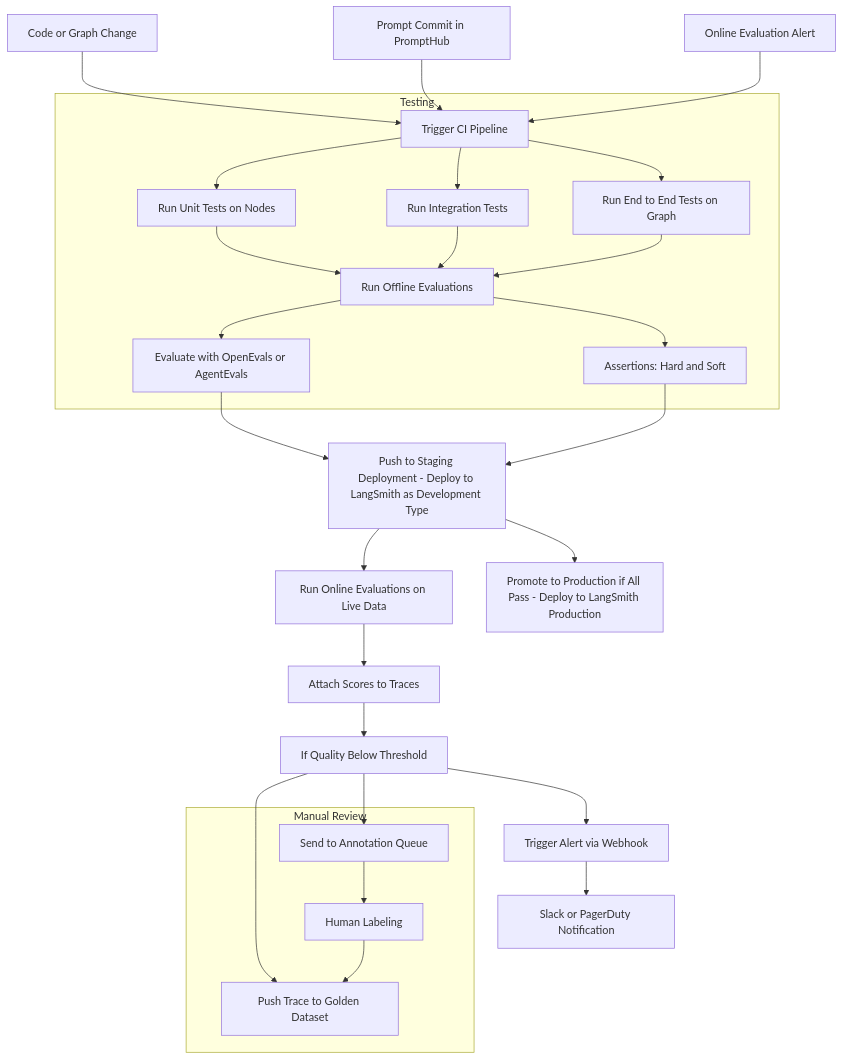
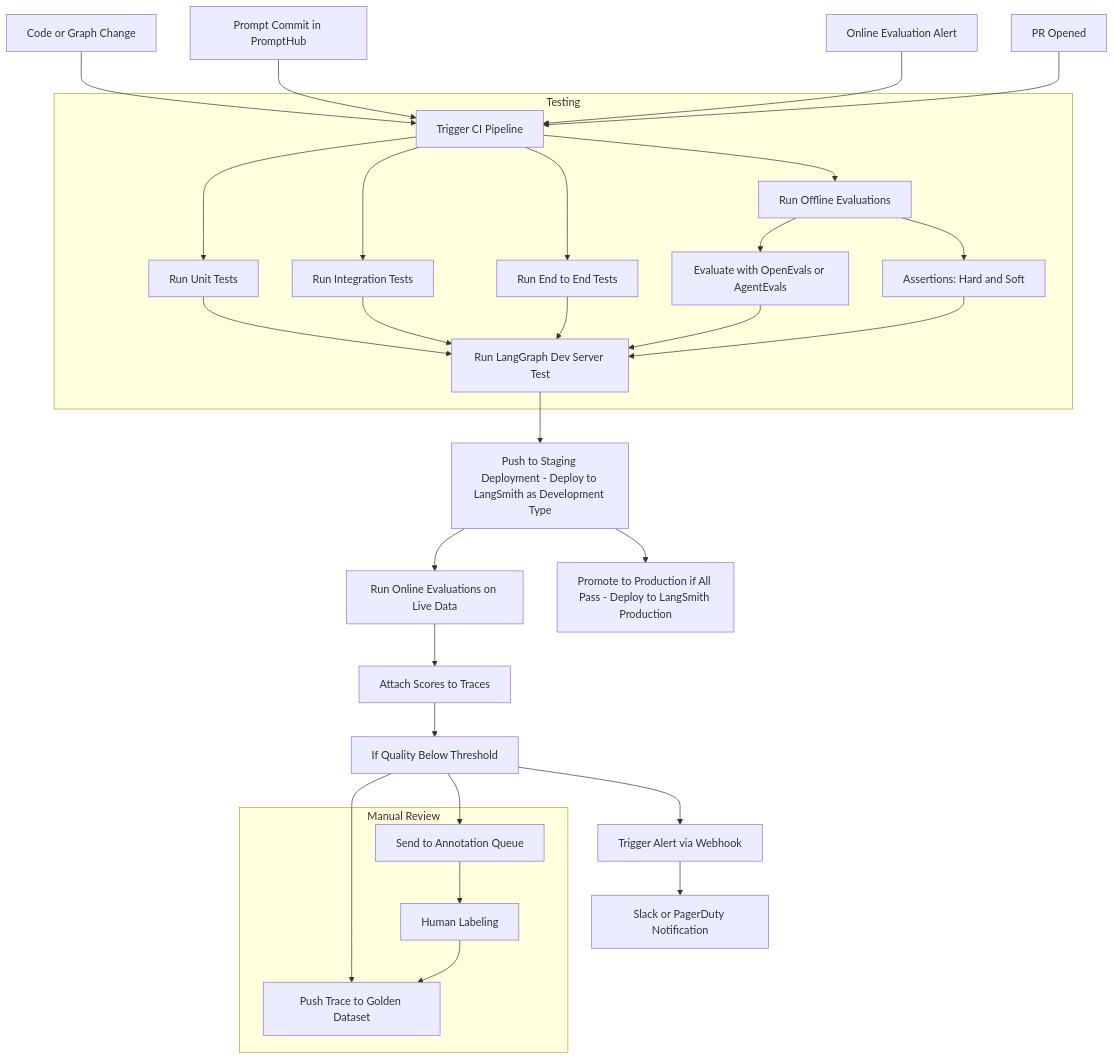
Before and after one commit to avirath-kumar/cicd-pipeline-example: the second of 2 diagrams in README.md, drawn with Mermaid. The commit also changed other lines of this file and 2 other files, not shown here.

Commit message:
chore(actions): improved test diagram

````diff
--- a/README.md
+++ b/README.md
@@ -309,40 +318,43 @@
 ```mermaid
 graph TD
     A1[Code or Graph Change] --> B1[Trigger CI Pipeline]
     A2[Prompt Commit in PromptHub] --> B1
     A3[Online Evaluation Alert] --> B1
+    A4[PR Opened] --> B1
 
     subgraph "Testing"
-        B1 --> C1[Run Unit Tests on Nodes]
+        B1 --> C1[Run Unit Tests]
         B1 --> C2[Run Integration Tests]
-        B1 --> C3[Run End to End Tests on Graph]
+        B1 --> C3[Run End to End Tests]
+        B1 --> C4[Run Offline Evaluations]
 
-        C1 --> D1[Run Offline Evaluations]
-        C2 --> D1
-        C3 --> D1
+        C4 --> D1[Evaluate with OpenEvals or AgentEvals]
+        C4 --> D2[Assertions: Hard and Soft]
 
-        D1 --> E1[Evaluate with OpenEvals or AgentEvals]
-        D1 --> E2[Assertions: Hard and Soft]
+        C1 --> E1[Run LangGraph Dev Server Test]
+        C2 --> E1
+        C3 --> E1
+        D1 --> E1
+        D2 --> E1
     end
 
     E1 --> F1[Push to Staging Deployment - Deploy to LangSmith as Development Type]
-    E2 --> F1
 
     F1 --> G1[Run Online Evaluations on Live Data]
     G1 --> H1[Attach Scores to Traces]
 
     H1 --> I1[If Quality Below Threshold]
     I1 --> J1[Send to Annotation Queue]
     I1 --> J2[Trigger Alert via Webhook]
     I1 --> J3[Push Trace to Golden Dataset]
 
     F1 --> K1[Promote to Production if All Pass - Deploy to LangSmith Production]
 
     J2 --> L1[Slack or PagerDuty Notification]
 
     subgraph Manual Review
         J1 --> M1[Human Labeling]
         M1 --> J3
     end
 
 ```
````
